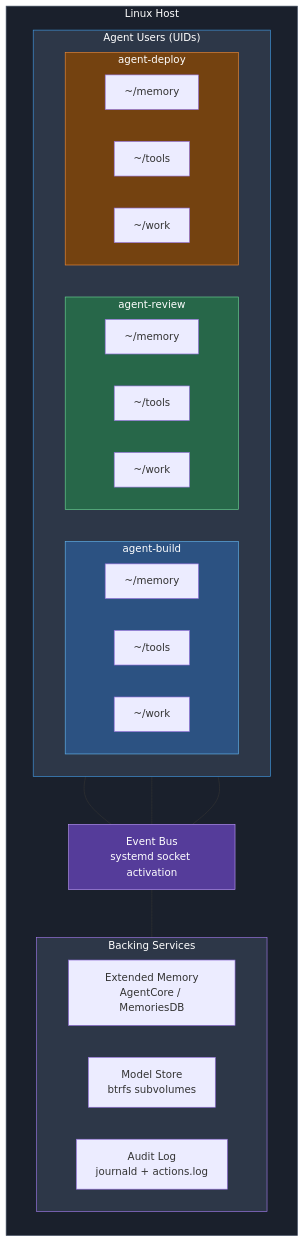
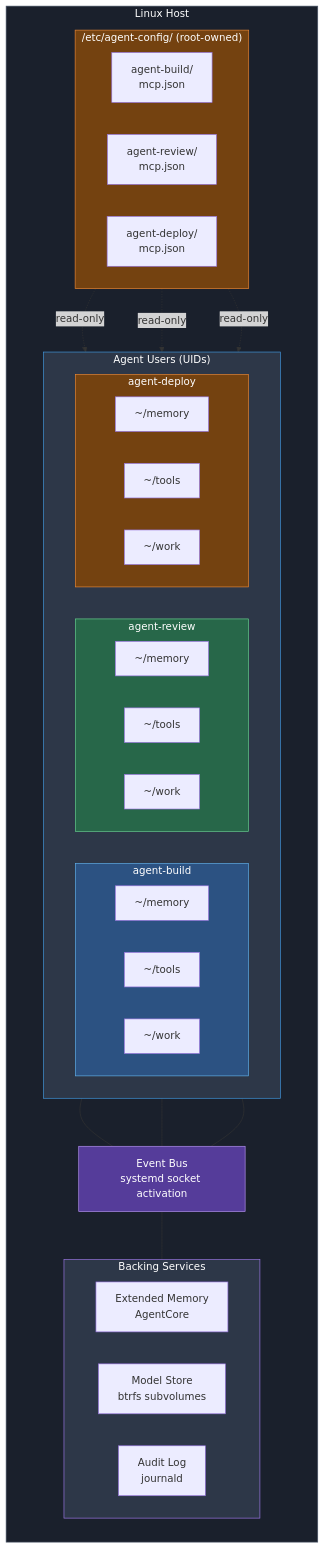
One commit to davdunc/btrfs-replication-test changed the fourth of 14 diagrams in diagrams.md. Above: the diagram before and after it, drawn with Mermaid. The commit also changed other lines of this file and 4 other files, not shown here.

First line of the commit message:
Add privilege separation (OpenSSH model) and /etc/agent-config MCP

````diff
--- a/diagrams.md
+++ b/diagrams.md
@@ -100,48 +100,60 @@
 ```mermaid
 flowchart TB
     subgraph Host["Linux Host"]
         direction TB
+
+        subgraph SysConfig["/etc/agent-config/ (root-owned)"]
+            direction LR
+            C1["agent-build/<br/>mcp.json"]
+            C2["agent-review/<br/>mcp.json"]
+            C3["agent-deploy/<br/>mcp.json"]
+        end
 
         subgraph Agents["Agent Users (UIDs)"]
             direction LR
             subgraph A1["agent-build"]
                 A1M["~/memory"]
                 A1T["~/tools"]
                 A1W["~/work"]
             end
             subgraph A2["agent-review"]
                 A2M["~/memory"]
                 A2T["~/tools"]
                 A2W["~/work"]
             end
             subgraph A3["agent-deploy"]
                 A3M["~/memory"]
                 A3T["~/tools"]
                 A3W["~/work"]
             end
         end
 
+        C1 -.->|"read-only"| A1
+        C2 -.->|"read-only"| A2
+        C3 -.->|"read-only"| A3
+
         EB["Event Bus<br/>systemd socket activation"]
 
         A1 --- EB
         A2 --- EB
         A3 --- EB
 
         subgraph Services["Backing Services"]
             direction LR
-            MEM["Extended Memory<br/>AgentCore / MemoriesDB"]
+            MEM["Extended Memory<br/>AgentCore"]
             MOD["Model Store<br/>btrfs subvolumes"]
-            AUD["Audit Log<br/>journald + actions.log"]
+            AUD["Audit Log<br/>journald"]
         end
 
         EB --- Services
     end
 
     style Host fill:#1a202c,stroke:#4a5568,color:#fff
+    style SysConfig fill:#744210,stroke:#ed8936,color:#fff
     style Agents fill:#2d3748,stroke:#4299e1,color:#fff
     style A1 fill:#2c5282,stroke:#63b3ed,color:#fff
     style A2 fill:#276749,stroke:#68d391,color:#fff
     style A3 fill:#744210,stroke:#ed8936,color:#fff
     style Services fill:#2d3748,stroke:#9f7aea,color:#fff
     style EB fill:#553c9a,stroke:#b794f4,color:#fff
 ```
````
